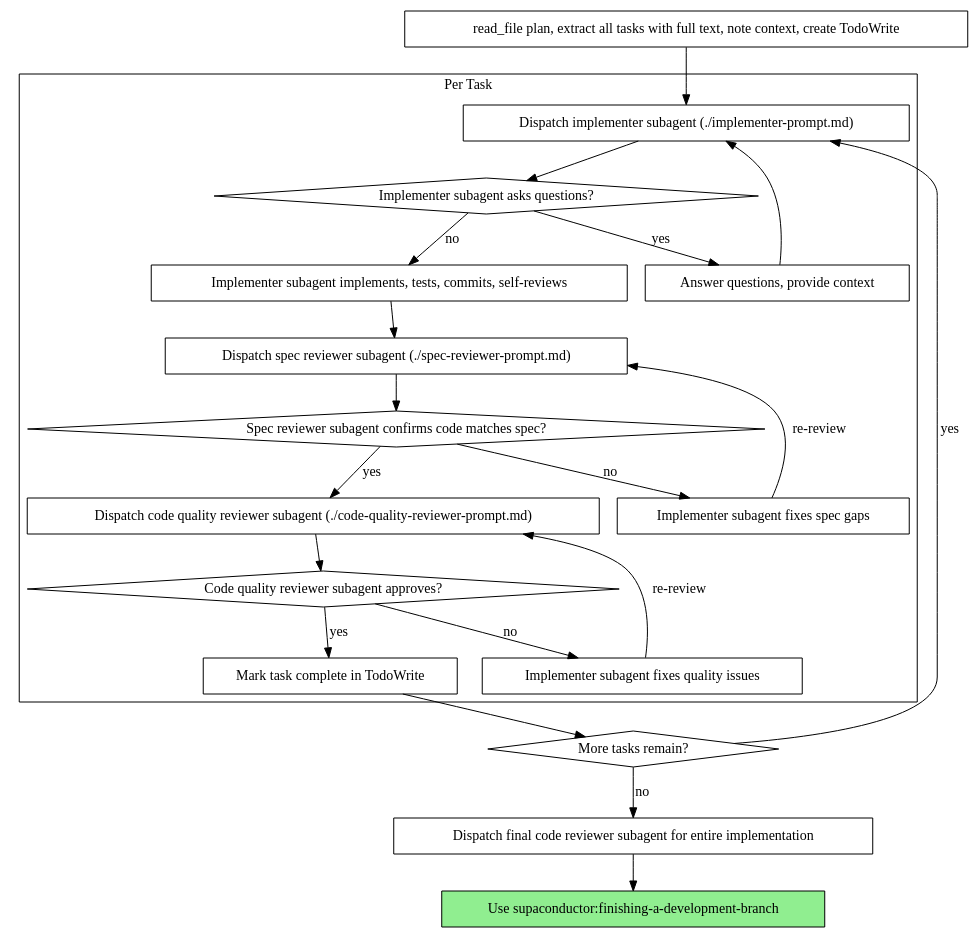
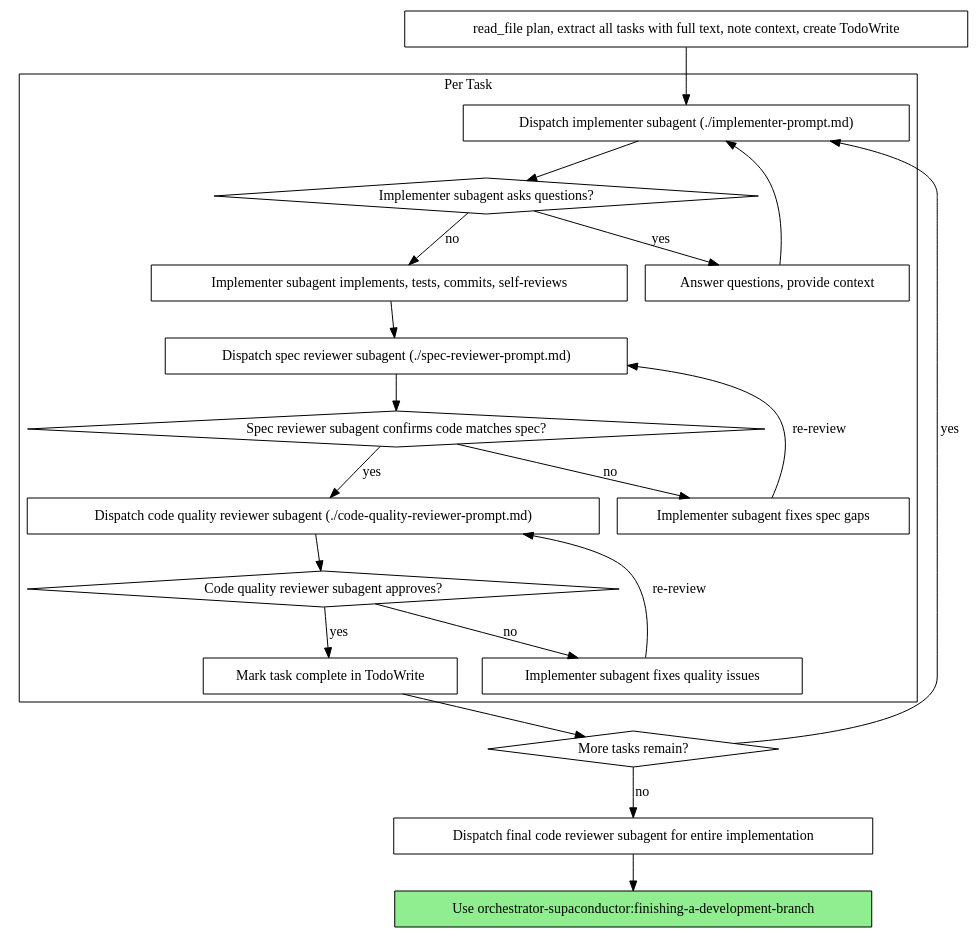
The second of 2 diagrams in skills/subagent-driven-development/SKILL.md (Ibrahim-3d/orchestrator-supaconductor), drawn with Graphviz before and after one commit. The commit also changed other lines of this file and 57 other files, not shown here.

First line of the commit message:
rename: unify plugin name to orchestrator-supaconductor

````diff
--- a/skills/subagent-driven-development/SKILL.md
+++ b/skills/subagent-driven-development/SKILL.md
@@ -40,44 +40,44 @@
 ```dot
 digraph process {
     rankdir=TB;
 
     subgraph cluster_per_task {
         label="Per Task";
         "Dispatch implementer subagent (./implementer-prompt.md)" [shape=box];
         "Implementer subagent asks questions?" [shape=diamond];
         "Answer questions, provide context" [shape=box];
         "Implementer subagent implements, tests, commits, self-reviews" [shape=box];
         "Dispatch spec reviewer subagent (./spec-reviewer-prompt.md)" [shape=box];
         "Spec reviewer subagent confirms code matches spec?" [shape=diamond];
         "Implementer subagent fixes spec gaps" [shape=box];
         "Dispatch code quality reviewer subagent (./code-quality-reviewer-prompt.md)" [shape=box];
         "Code quality reviewer subagent approves?" [shape=diamond];
         "Implementer subagent fixes quality issues" [shape=box];
         "Mark task complete in TodoWrite" [shape=box];
     }
 
     "read_file plan, extract all tasks with full text, note context, create TodoWrite" [shape=box];
     "More tasks remain?" [shape=diamond];
     "Dispatch final code reviewer subagent for entire implementation" [shape=box];
-    "Use supaconductor:finishing-a-development-branch" [shape=box style=filled fillcolor=lightgreen];
+    "Use orchestrator-supaconductor:finishing-a-development-branch" [shape=box style=filled fillcolor=lightgreen];
 
     "read_file plan, extract all tasks with full text, note context, create TodoWrite" -> "Dispatch implementer subagent (./implementer-prompt.md)";
     "Dispatch implementer subagent (./implementer-prompt.md)" -> "Implementer subagent asks questions?";
     "Implementer subagent asks questions?" -> "Answer questions, provide context" [label="yes"];
     "Answer questions, provide context" -> "Dispatch implementer subagent (./implementer-prompt.md)";
     "Implementer subagent asks questions?" -> "Implementer subagent implements, tests, commits, self-reviews" [label="no"];
     "Implementer subagent implements, tests, commits, self-reviews" -> "Dispatch spec reviewer subagent (./spec-reviewer-prompt.md)";
     "Dispatch spec reviewer subagent (./spec-reviewer-prompt.md)" -> "Spec reviewer subagent confirms code matches spec?";
     "Spec reviewer subagent confirms code matches spec?" -> "Implementer subagent fixes spec gaps" [label="no"];
     "Implementer subagent fixes spec gaps" -> "Dispatch spec reviewer subagent (./spec-reviewer-prompt.md)" [label="re-review"];
     "Spec reviewer subagent confirms code matches spec?" -> "Dispatch code quality reviewer subagent (./code-quality-reviewer-prompt.md)" [label="yes"];
     "Dispatch code quality reviewer subagent (./code-quality-reviewer-prompt.md)" -> "Code quality reviewer subagent approves?";
     "Code quality reviewer subagent approves?" -> "Implementer subagent fixes quality issues" [label="no"];
     "Implementer subagent fixes quality issues" -> "Dispatch code quality reviewer subagent (./code-quality-reviewer-prompt.md)" [label="re-review"];
     "Code quality reviewer subagent approves?" -> "Mark task complete in TodoWrite" [label="yes"];
     "Mark task complete in TodoWrite" -> "More tasks remain?";
     "More tasks remain?" -> "Dispatch implementer subagent (./implementer-prompt.md)" [label="yes"];
     "More tasks remain?" -> "Dispatch final code reviewer subagent for entire implementation" [label="no"];
-    "Dispatch final code reviewer subagent for entire implementation" -> "Use supaconductor:finishing-a-development-branch";
+    "Dispatch final code reviewer subagent for entire implementation" -> "Use orchestrator-supaconductor:finishing-a-development-branch";
 }
 ```
````
